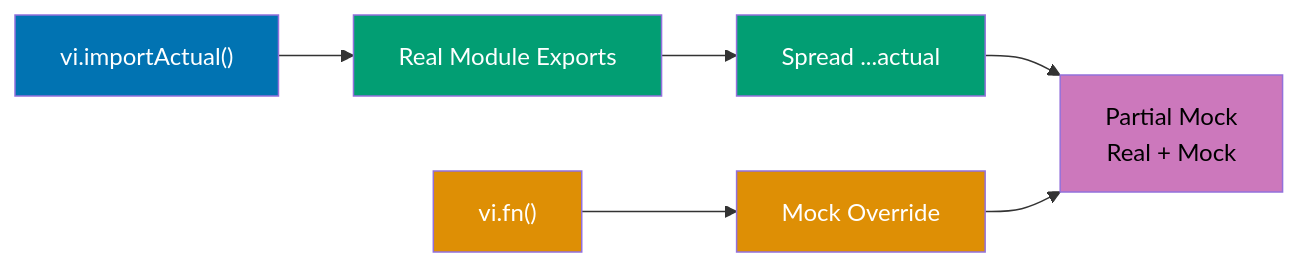
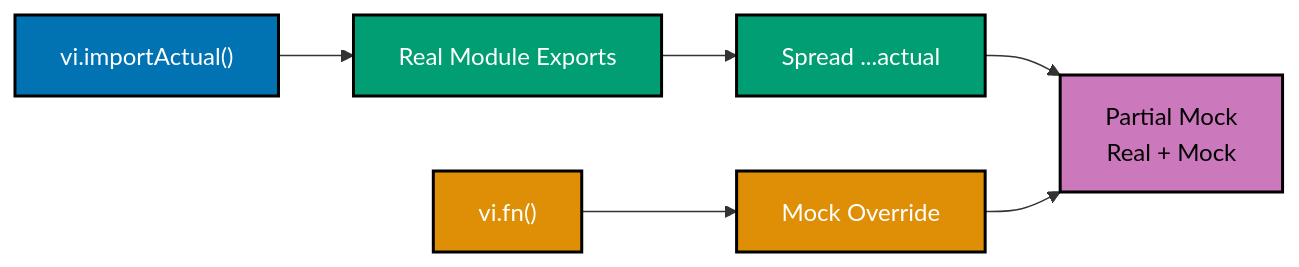
Before and after one commit to wahidyankf/open-sharia-enterprise: the third of 9 diagrams in apps/ayokoding-web/content/en/learn/software-engineering/automation-testing/tools/vitest/by-example/intermediate.md, drawn with Mermaid. The commit also changed other lines of this file and 13 other files, not shown here.

````diff
--- a/apps/ayokoding-web/content/en/learn/software-engineering/automation-testing/tools/vitest/by-example/intermediate.md
+++ b/apps/ayokoding-web/content/en/learn/software-engineering/automation-testing/tools/vitest/by-example/intermediate.md
@@ -239,16 +239,16 @@
 ```mermaid
 %% Color Palette: Blue #0173B2, Orange #DE8F05, Teal #029E73, Purple #CC78BC, Brown #CA9161
 graph LR
     A["vi.importActual#40;#41;"] --> B["Real Module Exports"]
     B --> C["Spread ...actual"]
     D["vi.fn#40;#41;"] --> E["Mock Override"]
     C --> F["Partial Mock<br/>Real + Mock"]
     E --> F
 
-    style A fill:#0173B2,color:#fff
-    style B fill:#029E73,color:#fff
-    style C fill:#029E73,color:#fff
-    style D fill:#DE8F05,color:#fff
-    style E fill:#DE8F05,color:#fff
-    style F fill:#CC78BC,color:#000
+    style A fill:#0173B2,stroke:#000000,stroke-width:2px,color:#fff
+    style B fill:#029E73,stroke:#000000,stroke-width:2px,color:#fff
+    style C fill:#029E73,stroke:#000000,stroke-width:2px,color:#fff
+    style D fill:#DE8F05,stroke:#000000,stroke-width:2px,color:#fff
+    style E fill:#DE8F05,stroke:#000000,stroke-width:2px,color:#fff
+    style F fill:#CC78BC,stroke:#000000,stroke-width:2px,color:#000
 ```
````
